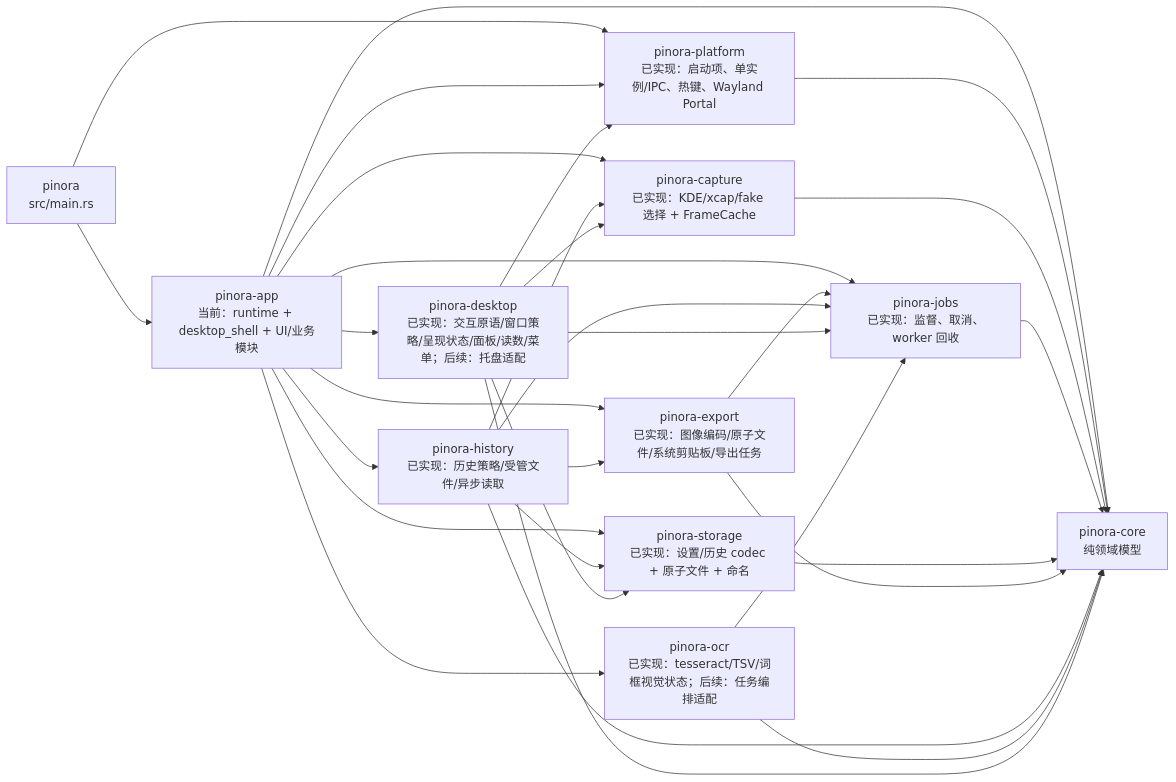
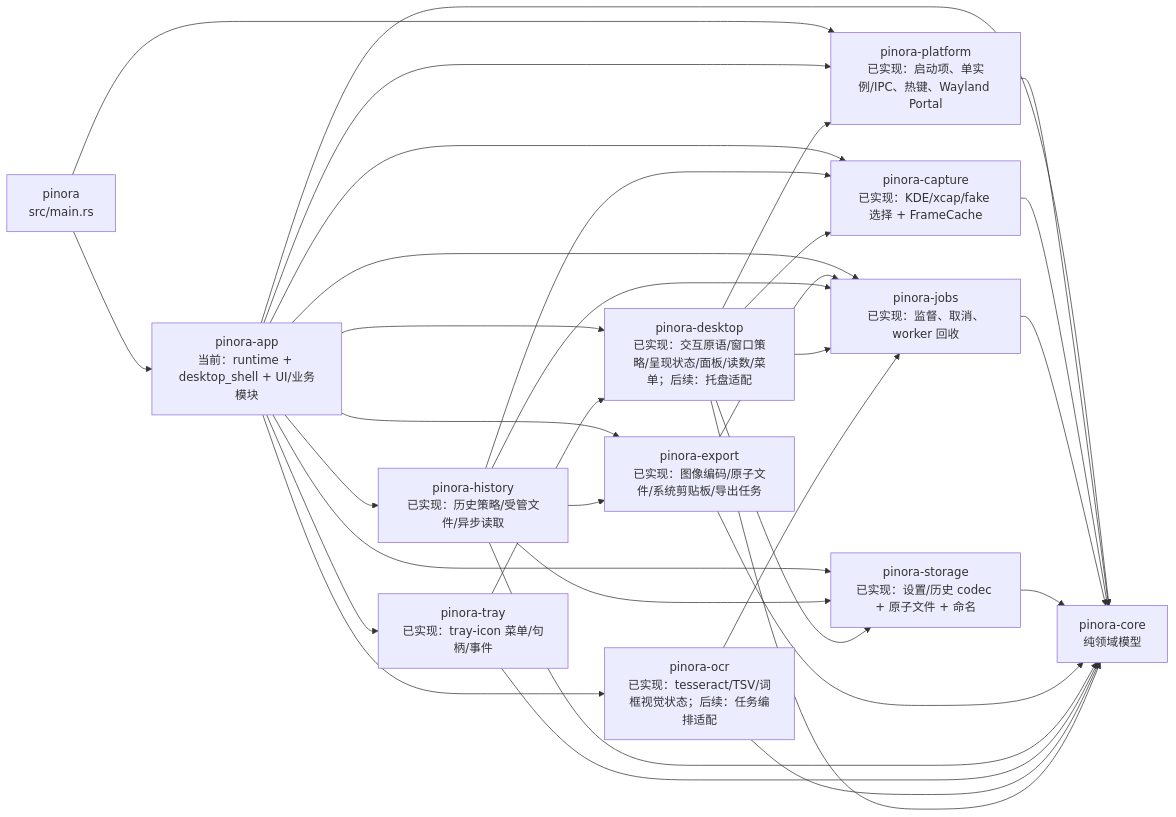
The third of 23 diagrams in docs/Pinora-开发设计文档.md (yhyzgn/pinora), drawn with Mermaid before and after one commit. The commit also changed other lines of this file and 14 other files, not shown here.

````diff
--- a/docs/Pinora-开发设计文档.md
+++ b/docs/Pinora-开发设计文档.md
@@ -236,33 +236,36 @@
 ```mermaid
 flowchart LR
     Main["pinora\nsrc/main.rs"] --> App["pinora-app\n当前：runtime + desktop_shell + UI/业务模块"]
     Main --> Platform["pinora-platform\n已实现：启动项、单实例/IPC、热键、Wayland Portal"]
     App --> Platform
     App --> Core["pinora-core\n纯领域模型"]
     Platform --> Core
 
     App --> CaptureNow["pinora-capture\n已实现：KDE/xcap/fake 选择 + FrameCache"]
     CaptureNow --> Core
     App --> JobsNow["pinora-jobs\n已实现：监督、取消、worker 回收"]
     JobsNow --> Core
     App --> StorageNow["pinora-storage\n已实现：设置/历史 codec + 原子文件 + 命名"]
     StorageNow --> Core
     App --> Desktop["pinora-desktop\n已实现：交互原语/窗口策略/呈现状态/面板/读数/菜单；后续：托盘适配"]
     App --> ExportNow["pinora-export\n已实现：图像编码/原子文件/系统剪贴板/导出任务"]
     ExportNow --> Core
     ExportNow --> JobsNow
     App --> HistoryNow["pinora-history\n已实现：历史策略/受管文件/异步读取"]
     HistoryNow --> Core
     HistoryNow --> StorageNow
     HistoryNow --> CaptureNow
     HistoryNow --> JobsNow
     HistoryNow --> ExportNow
+    App --> TrayNow["pinora-tray\n已实现：tray-icon 菜单/句柄/事件"]
+    TrayNow --> Core
+    TrayNow --> Desktop
     App --> Ocr["pinora-ocr\n已实现：tesseract/TSV/词框视觉状态；后续：任务编排适配"]
     Ocr --> Core
     Desktop --> Core
     Desktop --> Platform
     Desktop --> CaptureNow
     Desktop --> JobsNow
     Desktop --> StorageNow
     Ocr --> JobsNow
 ```
````
